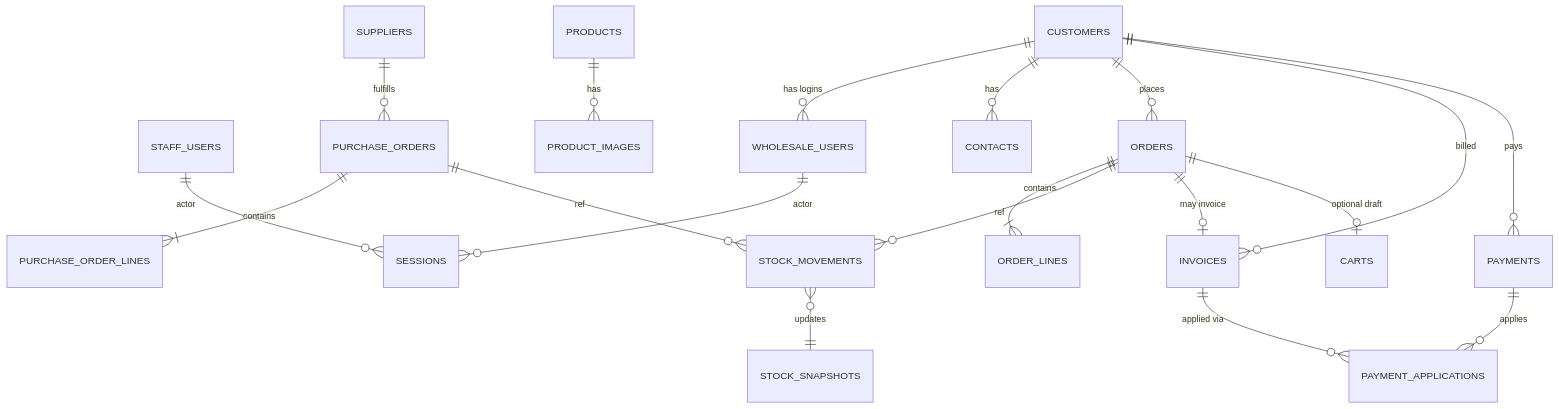
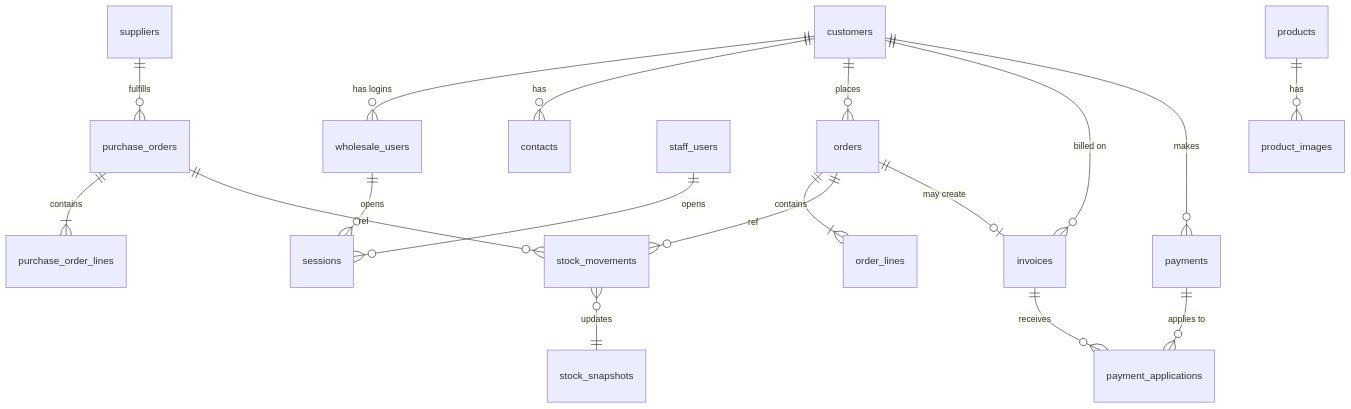
One commit to adamhinckley/dc-inventory changed the second of 3 diagrams in docs/database-design.md. Above: the diagram before and after it, drawn with Mermaid. The commit also changed other lines of this file, not shown here.

````diff
--- a/docs/database-design.md
+++ b/docs/database-design.md
@@ -76,26 +85,26 @@
 ```mermaid
 erDiagram
-  STAFF_USERS ||--o{ SESSIONS : "actor"
-  WHOLESALE_USERS ||--o{ SESSIONS : "actor"
-  CUSTOMERS ||--o{ WHOLESALE_USERS : "has logins"
-  CUSTOMERS ||--o{ CONTACTS : "has"
-  CUSTOMERS ||--o{ ORDERS : "places"
-  CUSTOMERS ||--o{ INVOICES : "billed"
-  CUSTOMERS ||--o{ PAYMENTS : "pays"
+  customers ||--o{ wholesale_users : "has logins"
+  customers ||--o{ contacts : "has"
+  customers ||--o{ orders : "places"
+  customers ||--o{ invoices : "billed on"
+  customers ||--o{ payments : "makes"
 
-  PRODUCTS ||--o{ PRODUCT_IMAGES : "has"
+  staff_users ||--o{ sessions : "opens"
+  wholesale_users ||--o{ sessions : "opens"
 
-  SUPPLIERS ||--o{ PURCHASE_ORDERS : "fulfills"
-  PURCHASE_ORDERS ||--|{ PURCHASE_ORDER_LINES : "contains"
-  PURCHASE_ORDERS ||--o{ STOCK_MOVEMENTS : "ref"
-  
-  ORDERS ||--|{ ORDER_LINES : "contains"
-  ORDERS ||--o{ STOCK_MOVEMENTS : "ref"
-  ORDERS ||--o| INVOICES : "may invoice"
-  ORDERS ||--o| CARTS : "optional draft"
+  products ||--o{ product_images : "has"
 
-  STOCK_MOVEMENTS }o--|| STOCK_SNAPSHOTS : "updates"
+  suppliers ||--o{ purchase_orders : "fulfills"
+  purchase_orders ||--|{ purchase_order_lines : "contains"
+  purchase_orders ||--o{ stock_movements : "ref"
 
-  INVOICES ||--o{ PAYMENT_APPLICATIONS : "applied via"
-  PAYMENTS ||--o{ PAYMENT_APPLICATIONS : "applies"
+  orders ||--|{ order_lines : "contains"
+  orders ||--o{ stock_movements : "ref"
+  orders ||--o| invoices : "may create"
+
+  stock_movements }o--|| stock_snapshots : "updates"
+
+  invoices ||--o{ payment_applications : "receives"
+  payments ||--o{ payment_applications : "applies to"
 ```
````
